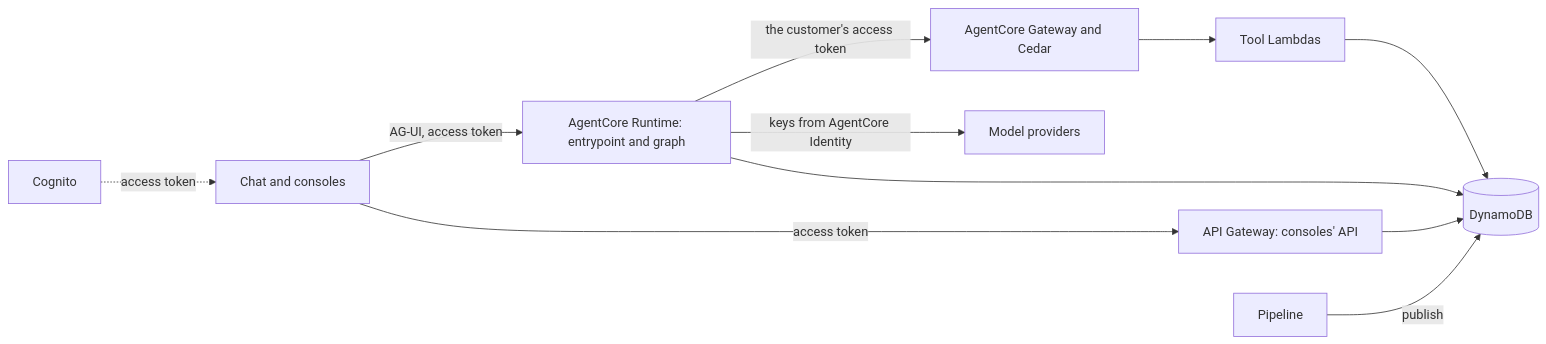
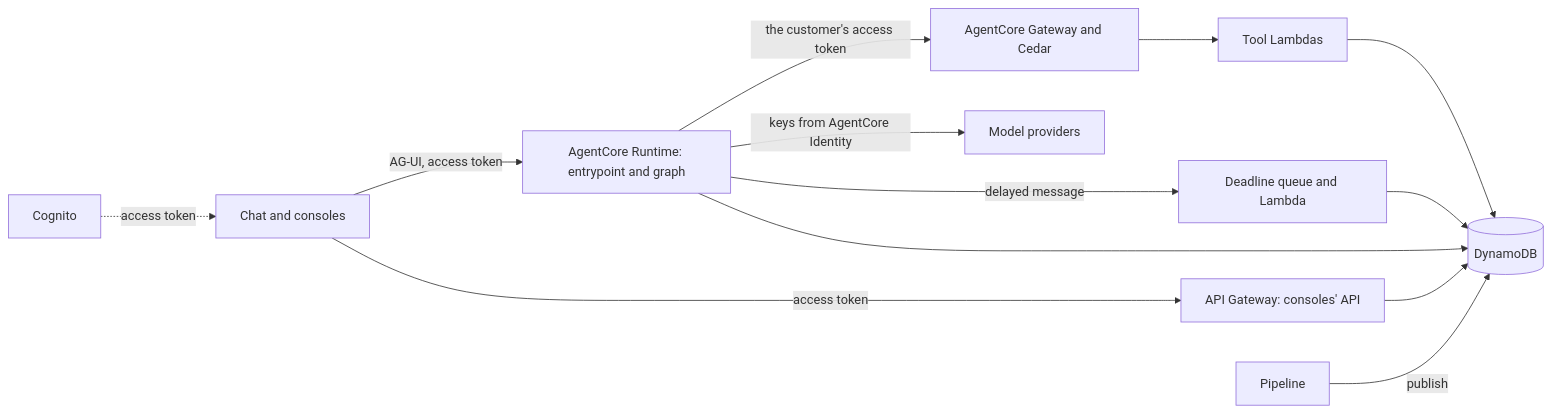
The first of 2 diagrams in docs/adr/0004-agent-architecture-on-agentcore.md (gafnts/factored-hackathon-2026-gafnts), drawn with Mermaid before and after one commit. The commit also changed other lines of this file and 2 other files, not shown here.

Commit message:
File handoffs still owed at a confirmation's deadline

````diff
--- a/docs/adr/0004-agent-architecture-on-agentcore.md
+++ b/docs/adr/0004-agent-architecture-on-agentcore.md
@@ -42,22 +43,25 @@
 ```mermaid
 flowchart LR
   COG["Cognito"]
   WEB["Chat and consoles"]
   RT["AgentCore Runtime: entrypoint and graph"]
   API["API Gateway: consoles' API"]
   GW["AgentCore Gateway and Cedar"]
   FN["Tool Lambdas"]
+  DL["Deadline queue and Lambda"]
   DB[("DynamoDB")]
   LLM["Model providers"]
   PIPE["Pipeline"]
   COG -.->|"access token"| WEB
   WEB -->|"AG-UI, access token"| RT
   WEB -->|"access token"| API
   RT -->|"the customer's access token"| GW
   GW --> FN
   FN --> DB
+  RT -->|"delayed message"| DL
+  DL --> DB
   RT --> DB
   API --> DB
   PIPE -->|"publish"| DB
   RT -->|"keys from AgentCore Identity"| LLM
 ```
````
